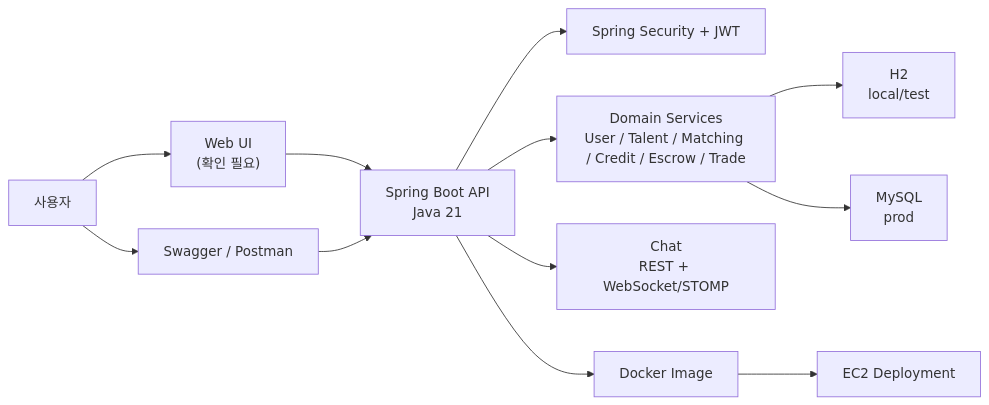
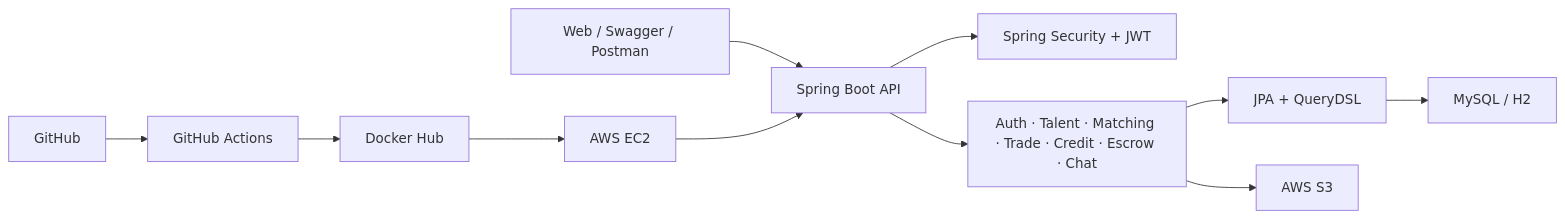
The first of 3 diagrams in docs/final/architecture/system-architecture.md (prgrms-be-devcourse/NBE9-11-final-Team03), drawn with Mermaid before and after one commit. The commit also changed other lines of this file and 20 other files, not shown here.

````diff
--- a/docs/final/architecture/system-architecture.md
+++ b/docs/final/architecture/system-architecture.md
@@ -26,26 +7,13 @@
 ```mermaid
 flowchart LR
-    User["사용자"]
-    Swagger["Swagger / Postman"]
-    UI["Web UI<br/>(확인 필요)"]
-    API["Spring Boot API<br/>Java 21"]
-    Security["Spring Security + JWT"]
-    Domain["Domain Services<br/>User / Talent / Matching / Credit / Escrow / Trade"]
-    Chat["Chat<br/>REST + WebSocket/STOMP"]
-    DBLocal["H2<br/>local/test"]
-    DBProd["MySQL<br/>prod"]
-    Docker["Docker Image"]
-    EC2["EC2 Deployment"]
-
-    User --> UI
-    User --> Swagger
-    UI --> API
-    Swagger --> API
-    API --> Security
-    API --> Domain
-    API --> Chat
-    Domain --> DBLocal
-    Domain --> DBProd
-    API --> Docker
-    Docker --> EC2
+    User["Web / Swagger / Postman"] --> API["Spring Boot API"]
+    API --> Security["Spring Security + JWT"]
+    API --> Domain["Auth · Talent · Matching · Trade · Credit · Escrow · Chat"]
+    Domain --> JPA["JPA + QueryDSL"]
+    JPA --> DB["MySQL / H2"]
+    Domain --> S3["AWS S3"]
+    GitHub["GitHub"] --> Actions["GitHub Actions"]
+    Actions --> Docker["Docker Hub"]
+    Docker --> EC2["AWS EC2"]
+    EC2 --> API
 ```
````
